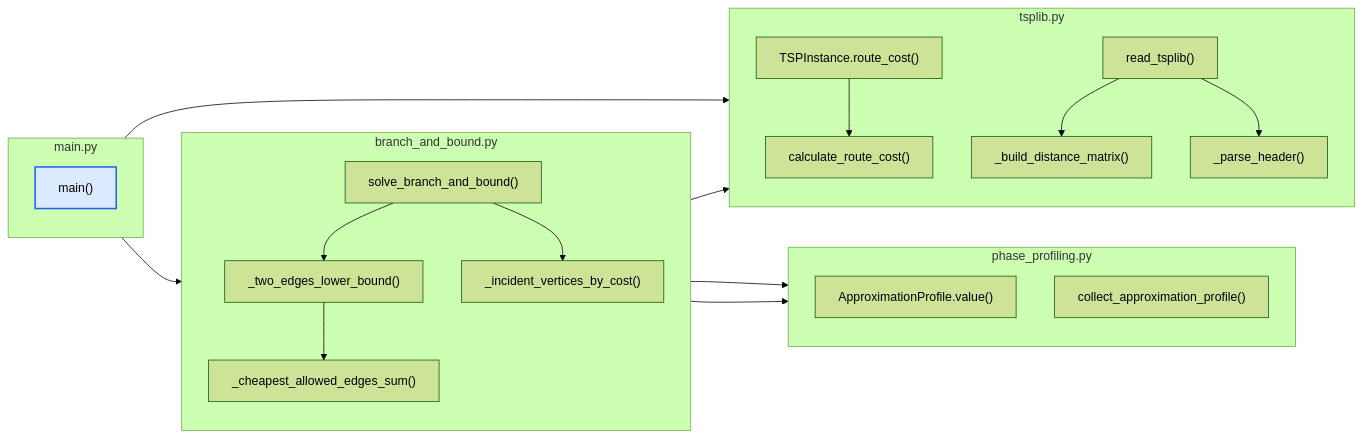
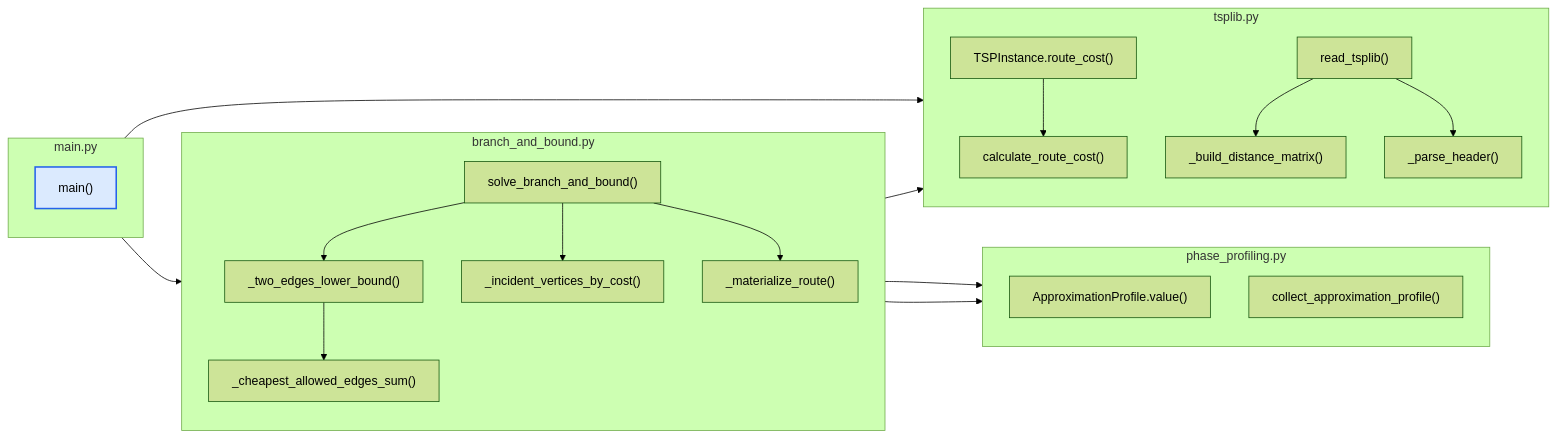
One commit to ChrystianMelo/TravelingSalesmanOptimization changed the fourth of 12 diagrams in docs/architecture.md. Above: the diagram before and after it, drawn with Mermaid (forest theme). The commit also changed other lines of this file and 32 other files, not shown here.

Commit message:
Expand generated architecture and strategy documentation.

````diff
--- a/docs/architecture.md
+++ b/docs/architecture.md
@@ -141,41 +166,43 @@
 ```mermaid
 %% Gerado por scripts/generate_diagrams.py a partir da saída do Code2flow.
 flowchart LR
   subgraph module_branch_and_bound["branch_and_bound.py"]
     direction TB
     n0["_cheapest_allowed_edges_sum()"]
     n1["_incident_vertices_by_cost()"]
-    n2["_two_edges_lower_bound()"]
-    n3["solve_branch_and_bound()"]
+    n2["_materialize_route()"]
+    n3["_two_edges_lower_bound()"]
+    n4["solve_branch_and_bound()"]
   end
   subgraph module_main["main.py"]
     direction TB
-    n4["main()"]
+    n5["main()"]
   end
   subgraph module_phase_profiling["phase_profiling.py"]
     direction TB
-    n5["ApproximationProfile.value()"]
-    n6["collect_approximation_profile()"]
+    n6["ApproximationProfile.value()"]
+    n7["collect_approximation_profile()"]
   end
   subgraph module_tsplib["tsplib.py"]
     direction TB
-    n7["TSPInstance.route_cost()"]
-    n8["_build_distance_matrix()"]
-    n9["_parse_header()"]
-    n10["calculate_route_cost()"]
-    n11["read_tsplib()"]
+    n8["TSPInstance.route_cost()"]
+    n9["_build_distance_matrix()"]
+    n10["_parse_header()"]
+    n11["calculate_route_cost()"]
+    n12["read_tsplib()"]
   end
-  n2 --> n0
-  n3 --> n1
-  n3 --> n2
-  n3 --> n5
-  n3 --> n6
-  n3 --> n7
+  n3 --> n0
+  n4 --> n1
+  n4 --> n2
   n4 --> n3
-  n4 --> n11
-  n7 --> n10
-  n11 --> n8
-  n11 --> n9
+  n4 --> n6
+  n4 --> n7
+  n4 --> n8
+  n5 --> n4
+  n5 --> n12
+  n8 --> n11
+  n12 --> n9
+  n12 --> n10
   classDef entry fill:#dbeafe,stroke:#2563eb,stroke-width:2px
-  class n4 entry
+  class n5 entry
 ```
````
